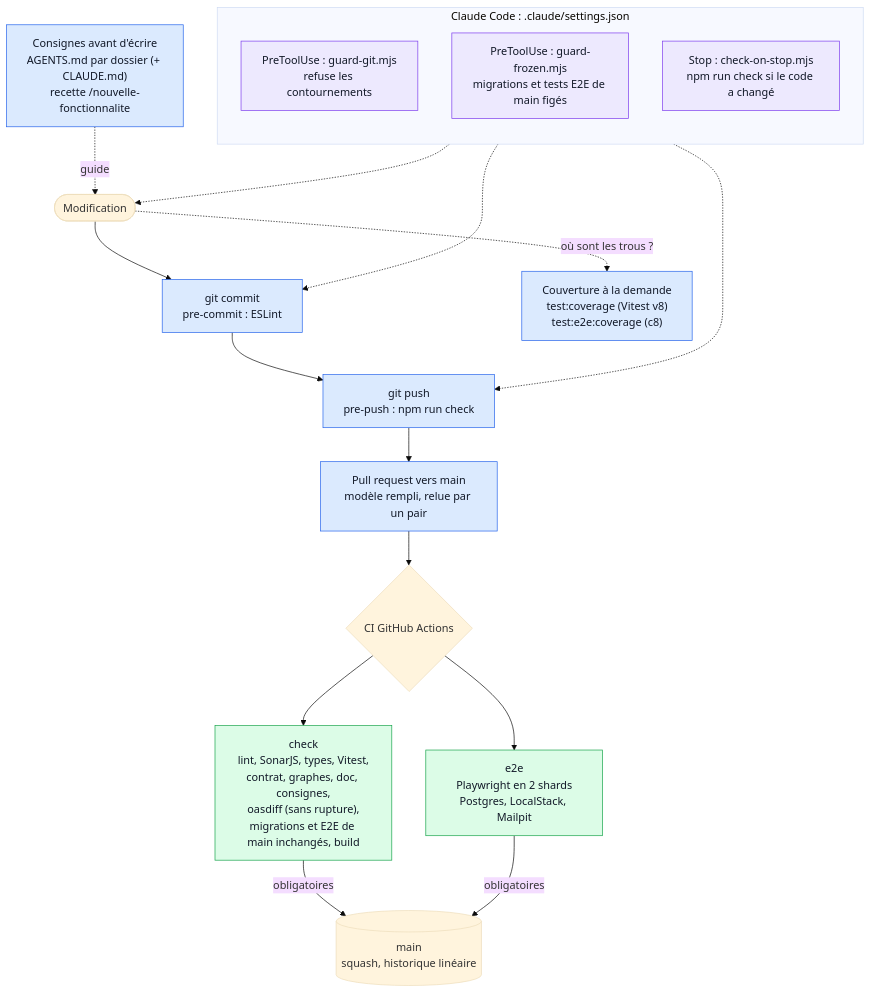
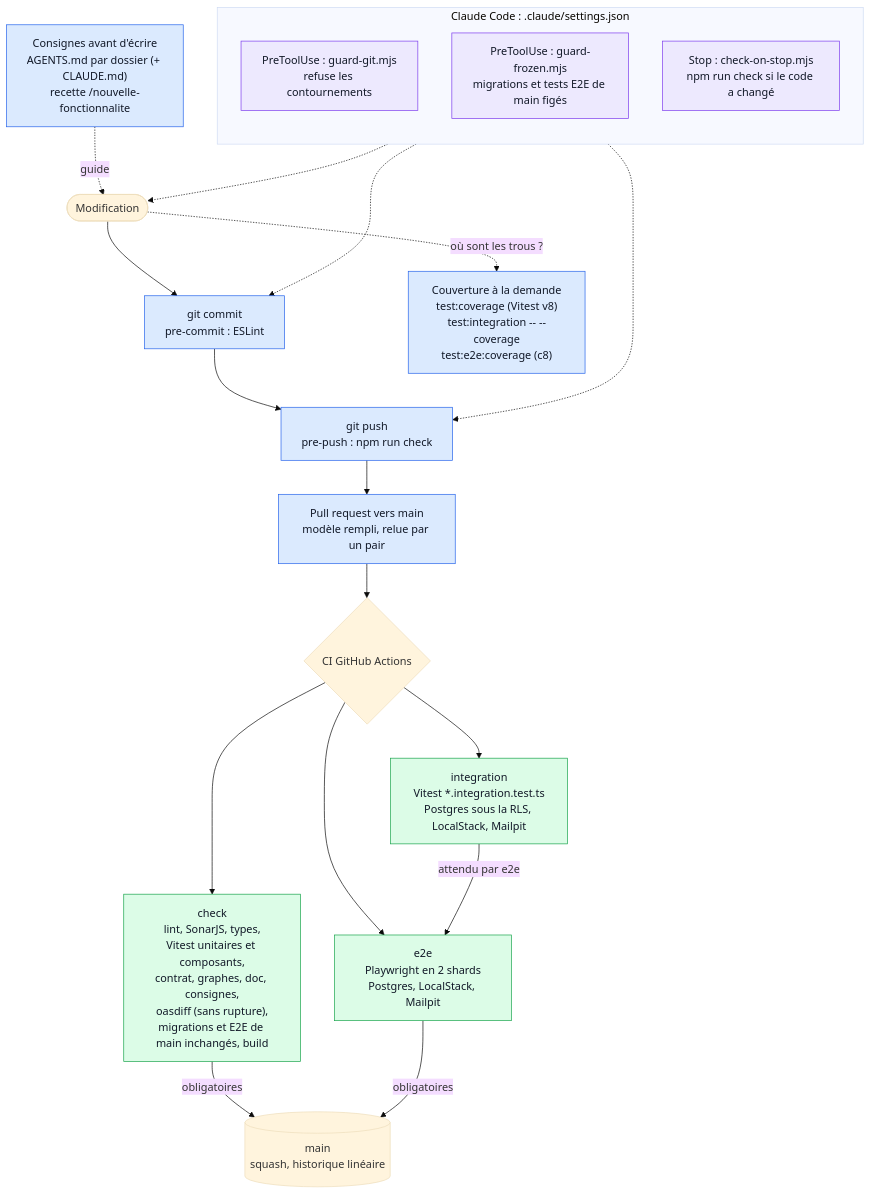
One commit to 2-MORGAN/expense-io changed the diagram in docs/architecture/vues/harnais.mmd. Above: the diagram before and after it, drawn with Mermaid (base theme). The commit also changed 71 other files, not shown here.

First line of the commit message:
test(integration): couche d'intégration Vitest et tests de composants (ADR-009 acceptée) (#60)

```diff
--- a/docs/architecture/vues/harnais.mmd
+++ b/docs/architecture/vues/harnais.mmd
@@ -1,37 +1,39 @@
 flowchart TB
   %% Vue écrite à la main : la modifier ici, npm run generate:architecture la recopie dans docs/index.html.
   %% À tenir à jour avec le code (CLAUDE.md, « Documentation développeur »).
 
   guide["Consignes avant d'écrire<br/>AGENTS.md par dossier (+ CLAUDE.md)<br/>recette /nouvelle-fonctionnalite"]
   change(["Modification"])
   commit["git commit<br/>pre-commit : ESLint"]
   push["git push<br/>pre-push : npm run check"]
   pr["Pull request vers main<br/>modèle rempli, relue par un pair"]
   ci{"CI GitHub Actions"}
-  checkJob["check<br/>lint, SonarJS, types, Vitest,<br/>contrat, graphes, doc, consignes,<br/>oasdiff (sans rupture),<br/>migrations et E2E de main inchangés, build"]
+  checkJob["check<br/>lint, SonarJS, types,<br/>Vitest unitaires et composants,<br/>contrat, graphes, doc, consignes,<br/>oasdiff (sans rupture),<br/>migrations et E2E de main inchangés, build"]
+  integrationJob["integration<br/>Vitest *.integration.test.ts<br/>Postgres sous la RLS, LocalStack, Mailpit"]
   e2eJob["e2e<br/>Playwright en 2 shards<br/>Postgres, LocalStack, Mailpit"]
   mainBranch[("main<br/>squash, historique linéaire")]
-  coverage["Couverture à la demande<br/>test:coverage (Vitest v8)<br/>test:e2e:coverage (c8)"]
+  coverage["Couverture à la demande<br/>test:coverage (Vitest v8)<br/>test:integration -- --coverage<br/>test:e2e:coverage (c8)"]
 
   subgraph claude["Claude Code : .claude/settings.json"]
     direction TB
     guardHook["PreToolUse : guard-git.mjs<br/>refuse les contournements"]
     frozenHook["PreToolUse : guard-frozen.mjs<br/>migrations et tests E2E de main figés"]
     stopHook["Stop : check-on-stop.mjs<br/>npm run check si le code a changé"]
   end
 
   guide -.->|"guide"| change
   change --> commit --> push --> pr --> ci
   change -.->|"où sont les trous ?"| coverage
-  ci --> checkJob & e2eJob
+  ci --> checkJob & integrationJob & e2eJob
+  integrationJob -->|"attendu par e2e"| e2eJob
   checkJob & e2eJob -->|"obligatoires"| mainBranch
   guardHook -.-> commit
   frozenHook -.-> change
   stopHook -.-> push
 
   classDef local fill:#dbeafe,stroke:#2563eb,color:#111827
   classDef ciJob fill:#dcfce7,stroke:#16a34a,color:#111827
   classDef hook fill:#ede9fe,stroke:#7c3aed,color:#111827
   class guide,commit,push,pr,coverage local
-  class checkJob,e2eJob ciJob
+  class checkJob,integrationJob,e2eJob ciJob
   class guardHook,frozenHook,stopHook hook
```
